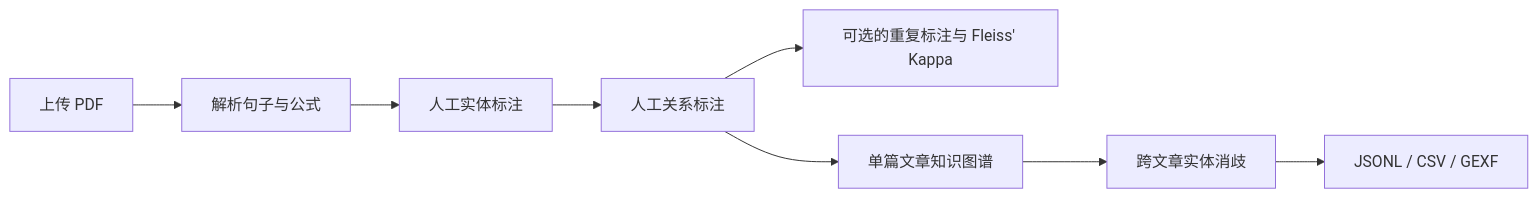
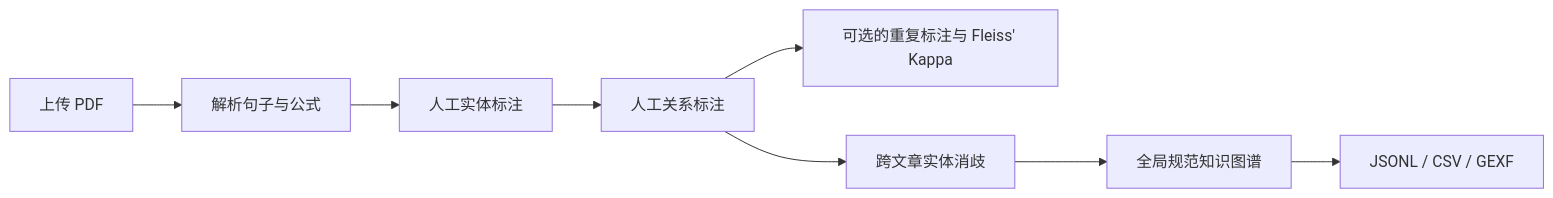
One commit to LeonardLeiT/kg-annotator changed the diagram in README_zh.md. Above: the diagram before and after it, drawn with Mermaid. The commit also changed other lines of this file and 9 other files, not shown here.

Commit message:
Build a canonical cross-document knowledge graph

````diff
--- a/README_zh.md
+++ b/README_zh.md
@@ -40,10 +40,10 @@
 ```mermaid
 flowchart LR
     A[上传 PDF] --> B[解析句子与公式]
     B --> E[人工实体标注]
     E --> F[人工关系标注]
     F --> D[可选的重复标注与 Fleiss' Kappa]
-    F --> G[单篇文章知识图谱]
-    G --> H[跨文章实体消歧]
+    F --> G[跨文章实体消歧]
+    G --> H[全局规范知识图谱]
     H --> I[JSONL / CSV / GEXF]
 ```
````
